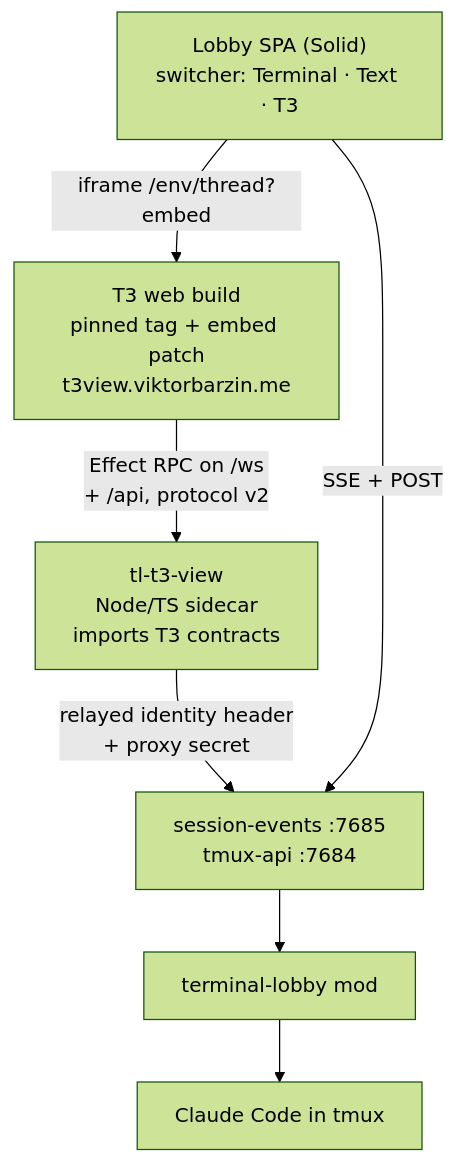
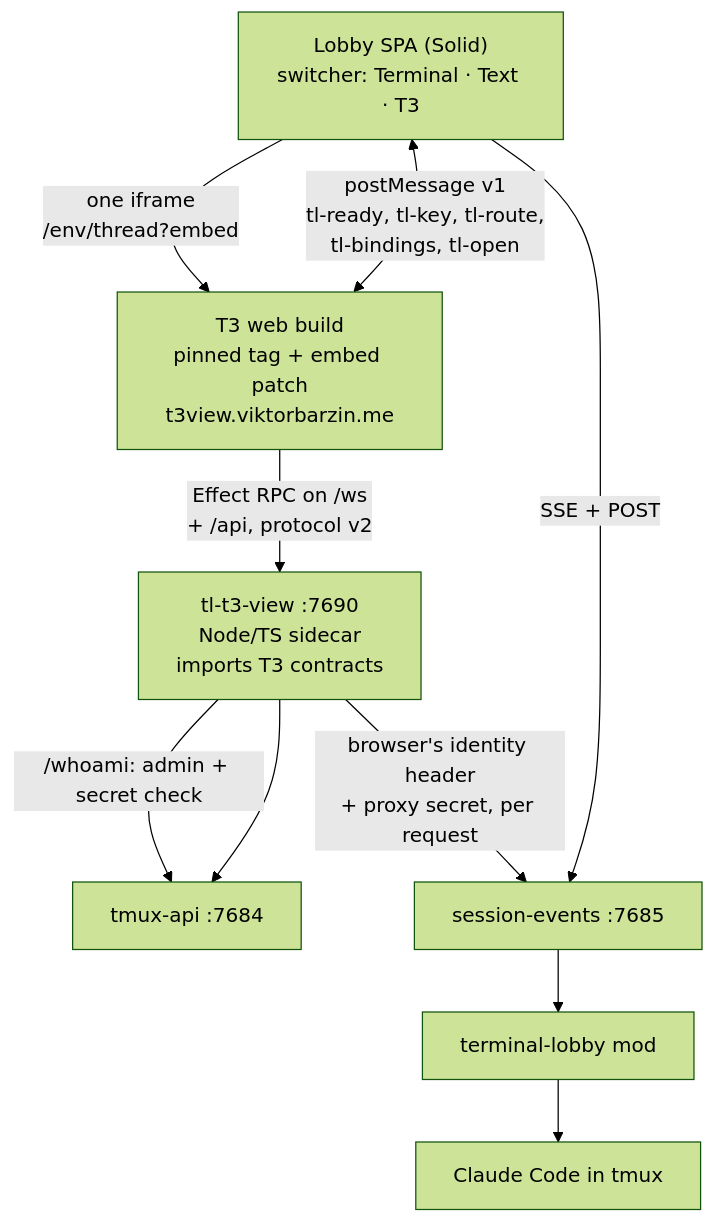
One commit to ViktorBarzin/terminal-lobby changed the diagram in docs/plans/2026-10-12-t3-view-design.md. Above: the diagram before and after it, drawn with Mermaid (forest theme). The commit also changed other lines of this file and 2 other files, not shown here.

First line of the commit message:
docs(t3-view): describe the T3 view as built

````diff
--- a/docs/plans/2026-10-12-t3-view-design.md
+++ b/docs/plans/2026-10-12-t3-view-design.md
@@ -53,8 +61,11 @@
 ```mermaid
 flowchart TD
-  B["Lobby SPA (Solid)<br/>switcher: Terminal · Text · T3"] -->|"iframe /env/thread?embed"| W["T3 web build<br/>pinned tag + embed patch<br/>t3view.viktorbarzin.me"]
-  W -->|"Effect RPC on /ws<br/>+ /api, protocol v2"| S["tl-t3-view<br/>Node/TS sidecar<br/>imports T3 contracts"]
-  S -->|"relayed identity header<br/>+ proxy secret"| SE["session-events :7685<br/>tmux-api :7684"]
+  B["Lobby SPA (Solid)<br/>switcher: Terminal · Text · T3"] -->|"one iframe<br/>/env/thread?embed"| W["T3 web build<br/>pinned tag + embed patch<br/>t3view.viktorbarzin.me"]
+  W <-->|"postMessage v1<br/>tl-ready, tl-key, tl-route,<br/>tl-bindings, tl-open"| B
+  W -->|"Effect RPC on /ws<br/>+ /api, protocol v2"| S["tl-t3-view :7690<br/>Node/TS sidecar<br/>imports T3 contracts"]
+  S -->|"/whoami: admin + secret check"| TA["tmux-api :7684"]
+  S -->|"browser's identity header<br/>+ proxy secret, per request"| SE["session-events :7685"]
+  S --> TA
   B -->|"SSE + POST"| SE
   SE --> M["terminal-lobby mod"] --> C["Claude Code in tmux"]
 ```
````
